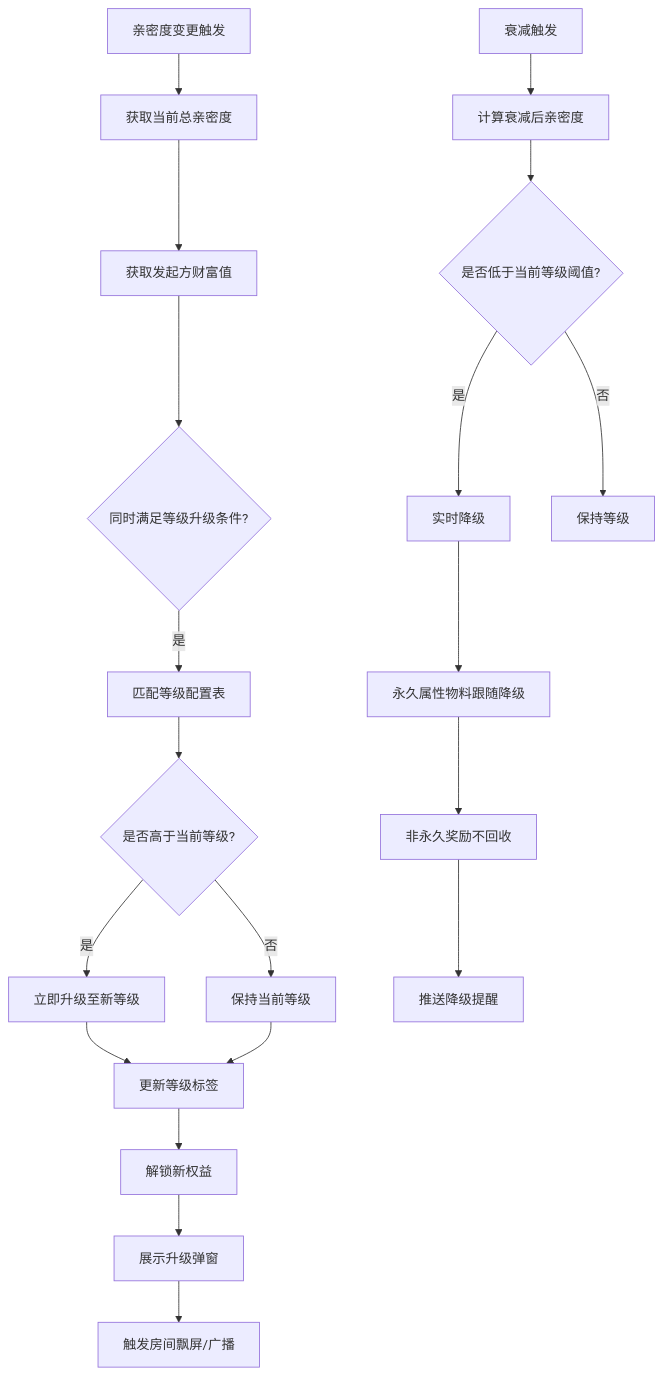
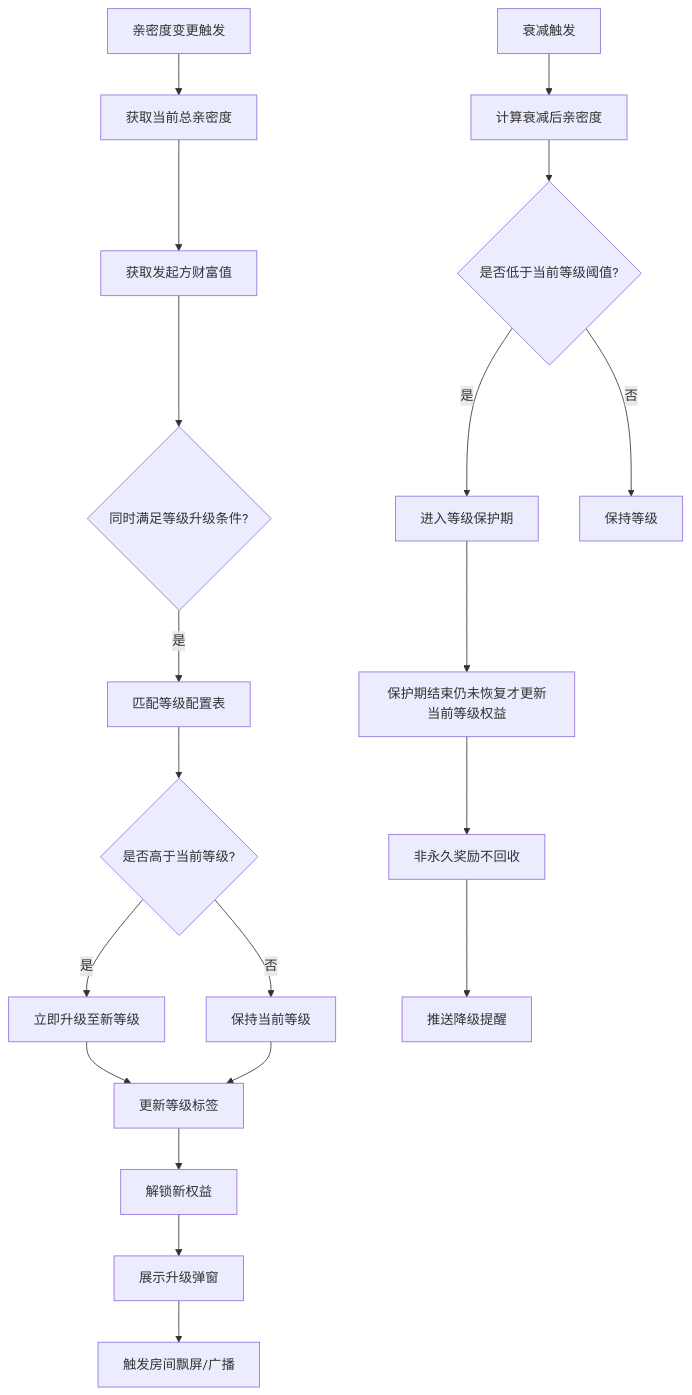
Before and after one commit to kocekid/CP1.0-Requirements: the tenth of 12 diagrams in CP系统需求文档_v1.0.md, drawn with Mermaid. The commit also changed other lines of this file, not shown here.

Commit message:
更新CP系统需求文档：图下需求拆解块全部重写为完整字段表结构

````diff
--- a/CP系统需求文档_v1.0.md
+++ b/CP系统需求文档_v1.0.md
@@ -921,25 +933,25 @@
 ```mermaid
 flowchart TD
     A[亲密度变更触发] --> B[获取当前总亲密度]
     B --> C[获取发起方财富值]
     C --> D{同时满足等级升级条件?}
     D -->|是| E[匹配等级配置表]
     E --> F{是否高于当前等级?}
     F -->|是| G[立即升级至新等级]
     F -->|否| H[保持当前等级]
     
     G --> I[更新等级标签]
     H --> I
     I --> J[解锁新权益]
     J --> K[展示升级弹窗]
     K --> L[触发房间飘屏/广播]
     
-    M[衰减触发] --> N[计算衰减后亲密度]
-    N --> O{是否低于当前等级阈值?}
-    O -->|是| P[实时降级]
+    M[衰减触发] --> 指定数量[计算衰减后亲密度]
+    指定数量 --> O{是否低于当前等级阈值?}
+    O -->|是| P[进入等级保护期]
     O -->|否| Q[保持等级]
     
-    P --> R[永久属性物料跟随降级]
+    P --> R[保护期结束仍未恢复才更新当前等级权益]
     R --> S[非永久奖励不回收]
     S --> T[推送降级提醒]
 ```
````
